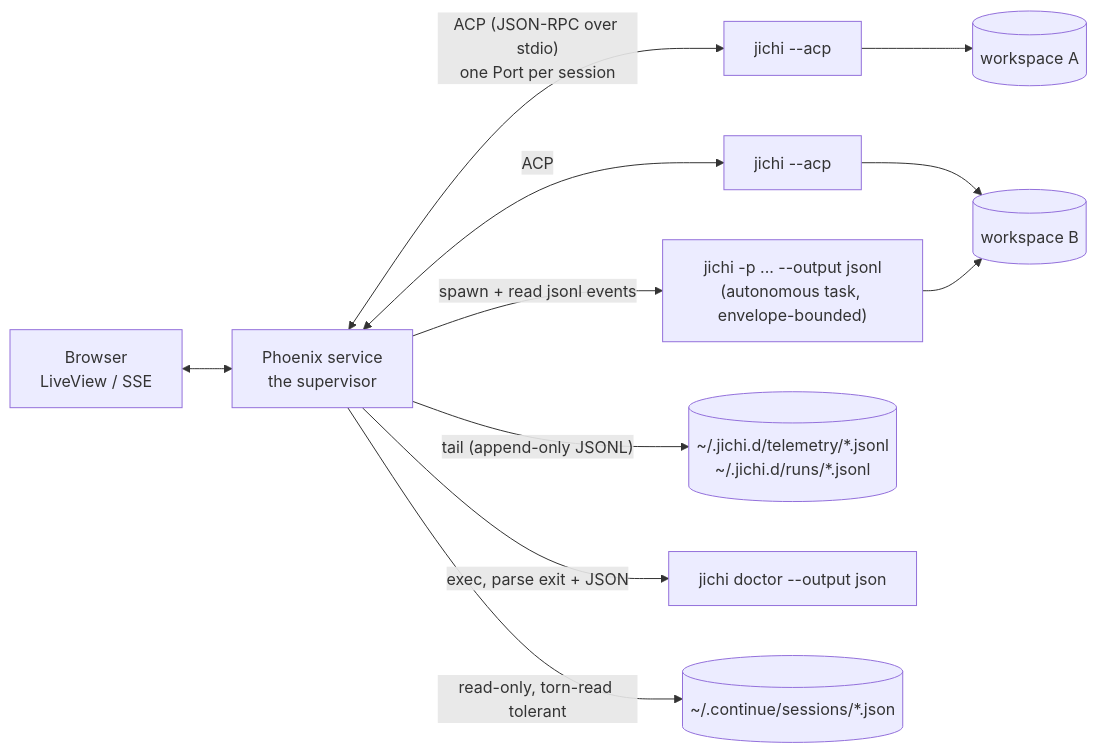
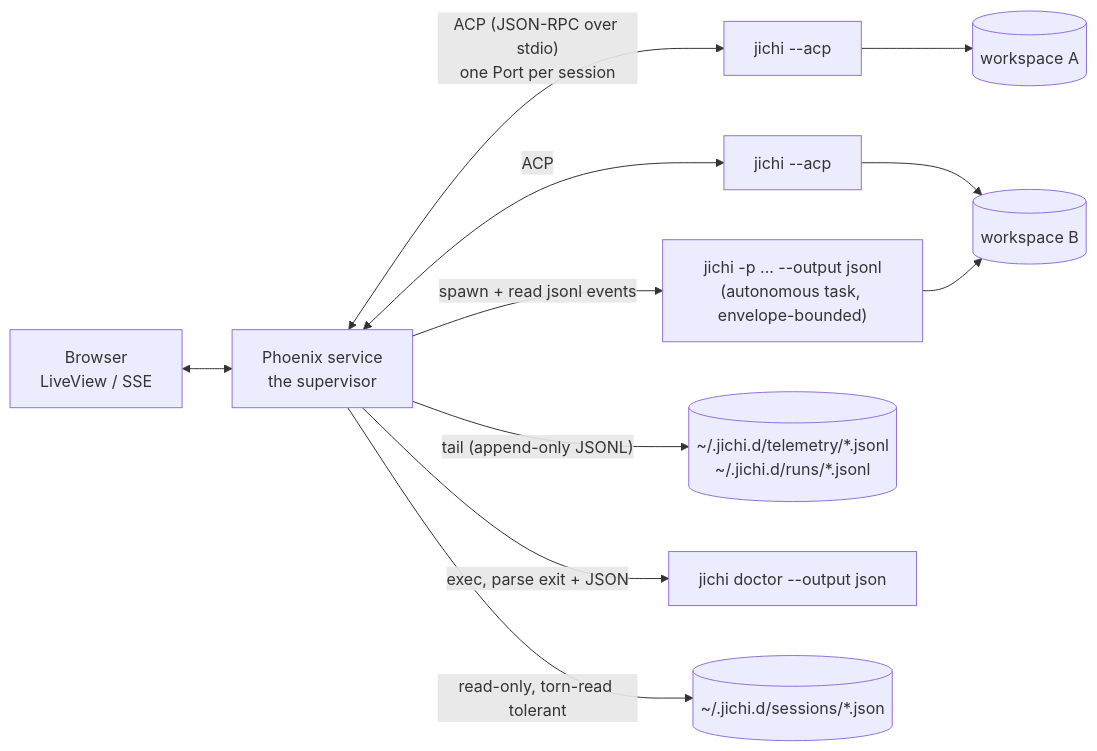
The first of 4 diagrams in docs/proposals/2026-07-web-frontend.md (alexanderlarsdallmann/jichi), drawn with Mermaid before and after one commit. The commit also changed other lines of this file and 983 other files, not shown here.

````diff
--- a/docs/proposals/2026-07-web-frontend.md
+++ b/docs/proposals/2026-07-web-frontend.md
@@ -37,13 +37,13 @@
 ```mermaid
 flowchart LR
     B[Browser<br/>LiveView / SSE] <--> P[Phoenix service<br/>the supervisor]
     P <-->|"ACP (JSON-RPC over stdio)<br/>one Port per session"| A1["jichi --acp"]
     P <-->|"ACP"| A2["jichi --acp"]
     P -->|"spawn + read jsonl events"| H1["jichi -p ... --output jsonl<br/>(autonomous task, envelope-bounded)"]
     P -->|"tail (append-only JSONL)"| T[("~/.jichi.d/telemetry/*.jsonl<br/>~/.jichi.d/runs/*.jsonl")]
     P -->|"exec, parse exit + JSON"| D["jichi doctor --output json"]
-    P -->|"read-only, torn-read tolerant"| S[("~/.continue/sessions/*.json")]
+    P -->|"read-only, torn-read tolerant"| S[("~/.jichi.d/sessions/*.json")]
     A1 --> W1[(workspace A)]
     A2 --> W2[(workspace B)]
     H1 --> W2
 ```
````
